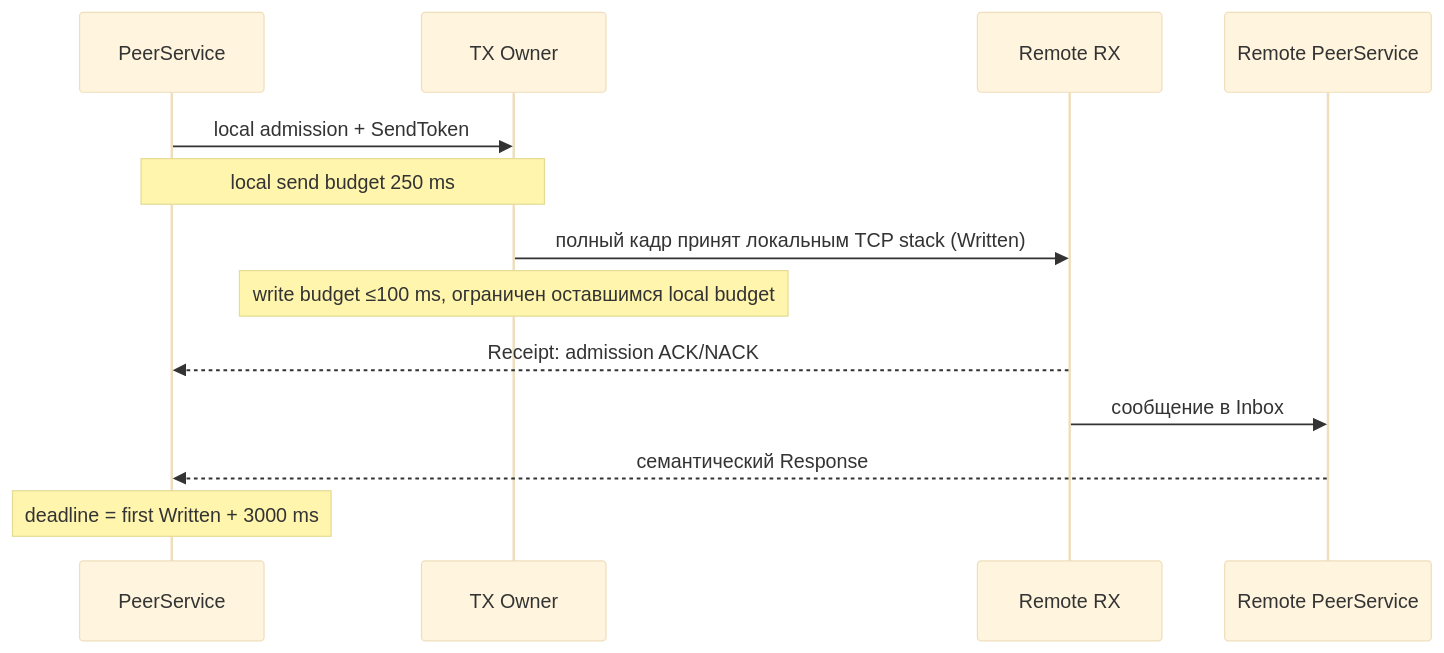
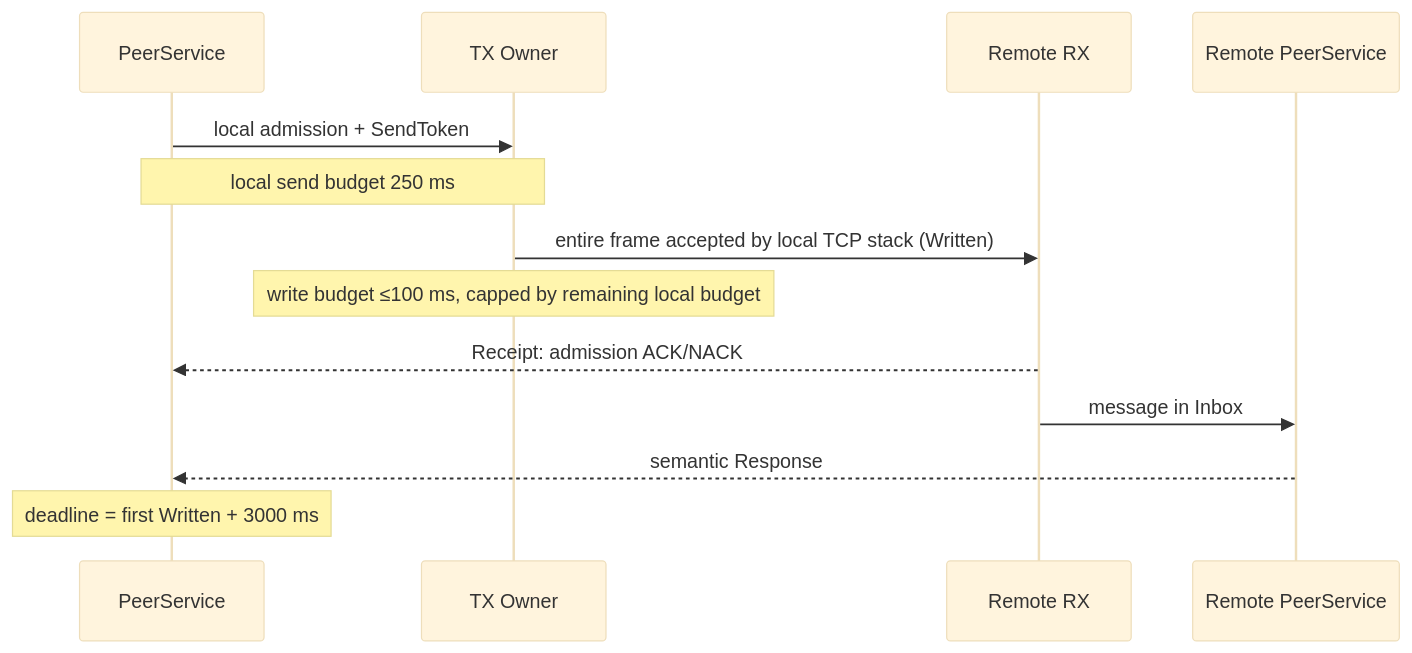
Before and after one commit to ilyxas/litu_raven: the diagram in ESP/docs/communication.md, drawn with Mermaid (base theme). The commit also changed other lines of this file and 9 other files, not shown here.

````diff
--- a/ESP/docs/communication.md
+++ b/ESP/docs/communication.md
@@ -61,15 +63,15 @@
 ```mermaid
 sequenceDiagram
     participant Service as PeerService
     participant TX as TX Owner
     participant RX as Remote RX
     participant Peer as Remote PeerService
     Service->>TX: local admission + SendToken
     Note over Service,TX: local send budget 250 ms
-    TX->>RX: полный кадр принят локальным TCP stack (Written)
-    Note over TX: write budget ≤100 ms, ограничен оставшимся local budget
+    TX->>RX: entire frame accepted by local TCP stack (Written)
+    Note over TX: write budget ≤100 ms, capped by remaining local budget
     RX-->>Service: Receipt: admission ACK/NACK
-    RX->>Peer: сообщение в Inbox
-    Peer-->>Service: семантический Response
+    RX->>Peer: message in Inbox
+    Peer-->>Service: semantic Response
     Note over Service: deadline = first Written + 3000 ms
 ```
````
